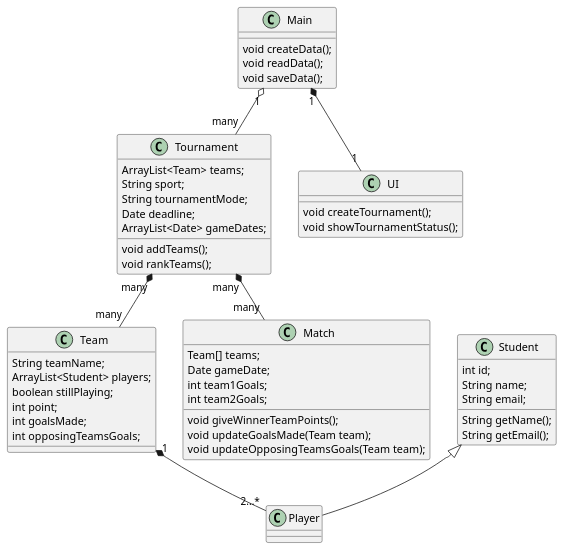
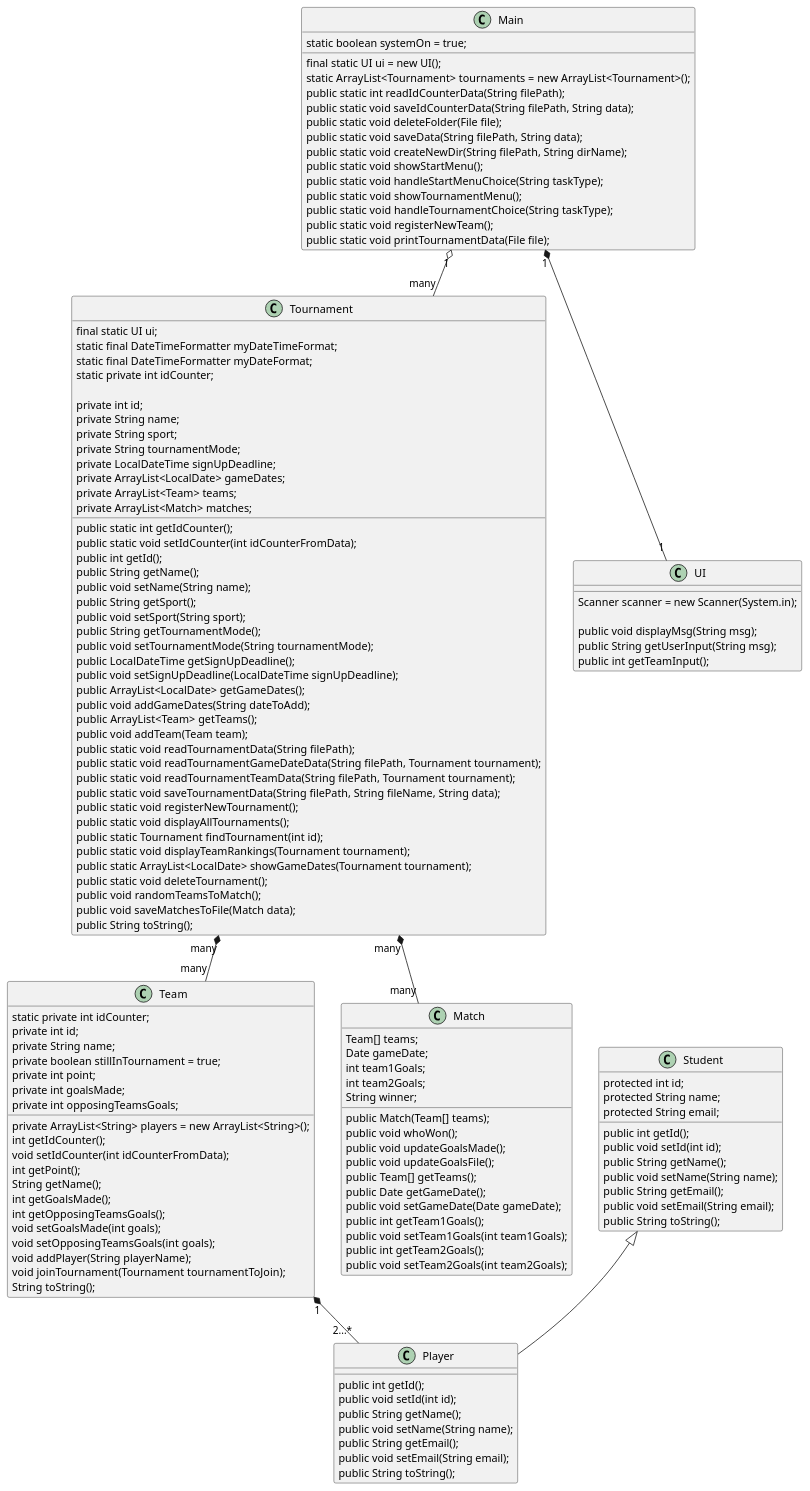
Before and after one commit to Inga-Helgadottir/AIR-SP3: the diagram in klasseDiagram/classDiagram.plantuml, drawn with PlantUML. The commit also changed 3 other files, not shown here.

```diff
--- a/klasseDiagram/classDiagram.plantuml
+++ b/klasseDiagram/classDiagram.plantuml
@@ -1,61 +1,149 @@
 @startuml SP3
 
 class Main{
-  void createData();
-  void readData();
-  void saveData();
+  final static UI ui = new UI();
+  static ArrayList<Tournament> tournaments = new ArrayList<Tournament>();
+  static boolean systemOn = true;
+
+  public static int readIdCounterData(String filePath);
+  public static void saveIdCounterData(String filePath, String data);
+  public static void deleteFolder(File file);
+  public static void saveData(String filePath, String data);
+  public static void createNewDir(String filePath, String dirName);
+  public static void showStartMenu();
+  public static void handleStartMenuChoice(String taskType);
+  public static void showTournamentMenu();
+  public static void handleTournamentChoice(String taskType);
+  public static void registerNewTeam();
+  public static void printTournamentData(File file);
 }
 
 class Tournament {
-  ArrayList<Team> teams;
-  String sport;
-  String tournamentMode;
-  Date deadline;
-  ArrayList<Date> gameDates;
-  void addTeams();
-  void rankTeams();
+  final static UI ui;
+  static final DateTimeFormatter myDateTimeFormat;
+  static final DateTimeFormatter myDateFormat;
+  static private int idCounter;
+
+  private int id;
+  private String name;
+  private String sport;
+  private String tournamentMode;
+  private LocalDateTime signUpDeadline;
+  private ArrayList<LocalDate> gameDates;
+  private ArrayList<Team> teams;
+  private ArrayList<Match> matches;
+
+  public static int getIdCounter();
+  public static void setIdCounter(int idCounterFromData);
+  public int getId();
+  public String getName();
+  public void setName(String name);
+  public String getSport();
+  public void setSport(String sport);
+  public String getTournamentMode();
+  public void setTournamentMode(String tournamentMode);
+  public LocalDateTime getSignUpDeadline();
+  public void setSignUpDeadline(LocalDateTime signUpDeadline);
+  public ArrayList<LocalDate> getGameDates();
+  public void addGameDates(String dateToAdd);
+  public ArrayList<Team> getTeams();
+  public void addTeam(Team team);
+  public static void readTournamentData(String filePath);
+  public static void readTournamentGameDateData(String filePath, Tournament tournament);
+  public static void readTournamentTeamData(String filePath, Tournament tournament);
+  public static void saveTournamentData(String filePath, String fileName, String data);
+  public static void registerNewTournament();
+  public static void displayAllTournaments();
+  public static Tournament findTournament(int id);
+  public static void displayTeamRankings(Tournament tournament);
+  public static ArrayList<LocalDate> showGameDates(Tournament tournament);
+  public static void deleteTournament();
+  public void randomTeamsToMatch();
+  public void saveMatchesToFile(Match data);
+  public String toString();
 }
 
 class Team{
-  String teamName;
-  ArrayList<Student> players;
-  boolean stillPlaying;
-  int point;
-  int goalsMade;
-  int opposingTeamsGoals;
+   static private int idCounter;
+   private int id;
+   private String name;
+   private ArrayList<String> players = new ArrayList<String>();
+   private boolean stillInTournament = true;
+   private int point;
+   private int goalsMade;
+   private int opposingTeamsGoals;
+
+   int getIdCounter();
+   void setIdCounter(int idCounterFromData);
+   int getPoint();
+   String getName();
+   int getGoalsMade();
+   int getOpposingTeamsGoals();
+   void setGoalsMade(int goals);
+   void setOpposingTeamsGoals(int goals);
+   void addPlayer(String playerName);
+   void joinTournament(Tournament tournamentToJoin);
+   String toString();
 }
 
 class Student{
-  int id;
-  String name;
-  String email;
-  String getName();
-  String getEmail();
+  protected int id;
+  protected String name;
+  protected String email;
+
+  public int getId();
+  public void setId(int id);
+  public String getName();
+  public void setName(String name);
+  public String getEmail();
+  public void setEmail(String email);
+  public String toString();
 }
 
 class Player extends Student{
+  public int getId();
+  public void setId(int id);
+  public String getName();
+  public void setName(String name);
+  public String getEmail();
+  public void setEmail(String email);
+  public String toString();
 }
 
 class Match{
   Team[] teams;
   Date gameDate;
   int team1Goals;
   int team2Goals;
-  void giveWinnerTeamPoints();
-  void updateGoalsMade(Team team);
-  void updateOpposingTeamsGoals(Team team);
+  String winner;
+
+  public Match(Team[] teams);
+  public void whoWon();
+  public void updateGoalsMade();
+  public void updateGoalsFile();
+  public Team[] getTeams();
+  public Date getGameDate();
+  public void setGameDate(Date gameDate);
+  public int getTeam1Goals();
+  public void setTeam1Goals(int team1Goals);
+  public int getTeam2Goals();
+  public void setTeam2Goals(int team2Goals);
+
 }
 
 class UI{
-  void createTournament();
-  void showTournamentStatus();
+  Scanner scanner = new Scanner(System.in);
+
+  public void displayMsg(String msg);
+  public String getUserInput(String msg);
+  public int getTeamInput();
 }
 
 Main "1" *-- "1" UI
 Tournament "many" *-- "many" Team
 Tournament "many" *-- "many" Match
 Team "1" *-- "2...*" Player
 Main "1" o-- "many" Tournament
 
 
 @enduml
```
